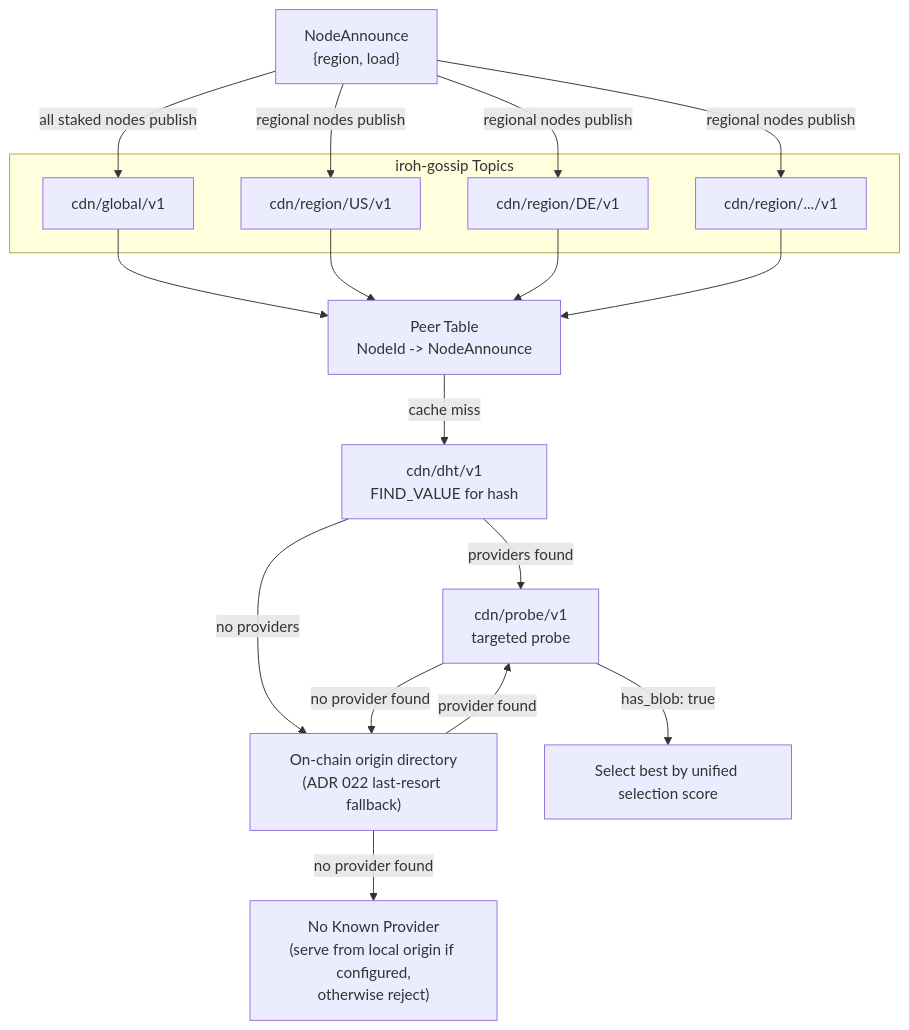
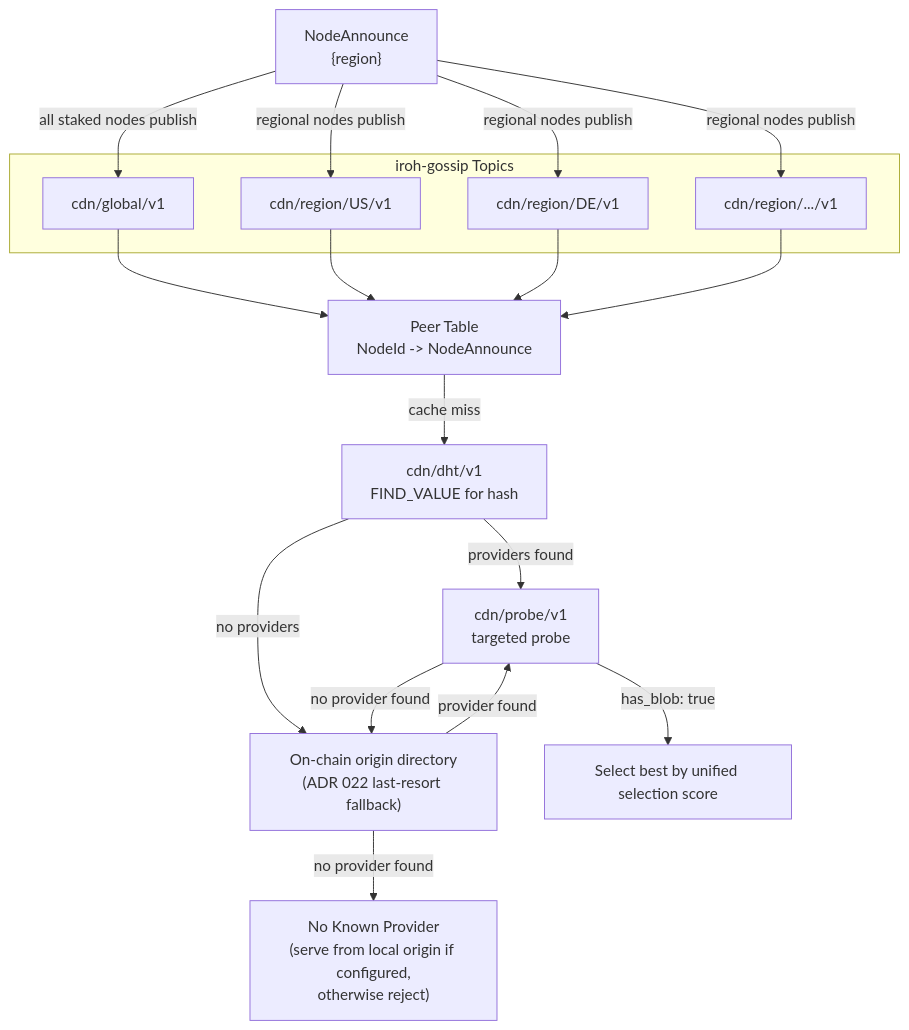
Before and after one commit to decdn/decdn: the diagram in adr/001-network.md, drawn with Mermaid. The commit also changed other lines of this file and 15 other files, not shown here.

````diff
--- a/adr/001-network.md
+++ b/adr/001-network.md
@@ -19,29 +19,29 @@
 ```mermaid
 graph TD
     subgraph Topics["iroh-gossip Topics"]
         GLOBAL["cdn/global/v1"]
         REG_US["cdn/region/US/v1"]
         REG_DE["cdn/region/DE/v1"]
         REG_ETC["cdn/region/.../v1"]
     end
 
-    NA["NodeAnnounce<br/>{region, load}"]
+    NA["NodeAnnounce<br/>{region}"]
 
     NA -->|all staked nodes publish| GLOBAL
     NA -->|regional nodes publish| REG_US
     NA -->|regional nodes publish| REG_DE
     NA -->|regional nodes publish| REG_ETC
 
     GLOBAL --> PT["Peer Table<br/>NodeId -> NodeAnnounce"]
     REG_US --> PT
     REG_DE --> PT
     REG_ETC --> PT
 
     PT -->|cache miss| DHT["cdn/dht/v1<br/>FIND_VALUE for hash"]
     DHT -->|providers found| PROBE["cdn/probe/v1<br/>targeted probe"]
     DHT -->|no providers| DIR["On-chain origin directory<br/>(ADR 022 last-resort fallback)"]
     PROBE -->|has_blob: true| SELECT["Select best by unified selection score"]
     PROBE -->|no provider found| DIR
     DIR -->|provider found| PROBE
     DIR -->|no provider found| MISS["No Known Provider<br/>(serve from local origin if configured,<br/>otherwise reject)"]
 ```
````
